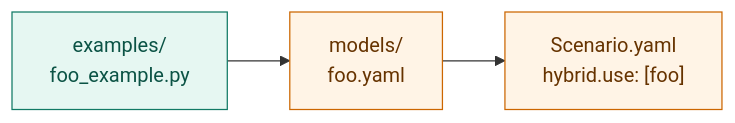
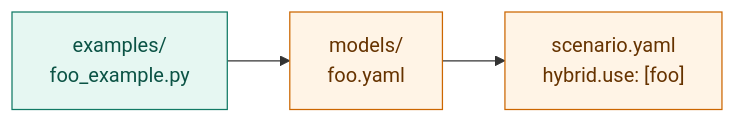
One commit to stamm-4m/model-adm1 changed the diagram in examples/README.md. Above: the diagram before and after it, drawn with Mermaid. The commit also changed other lines of this file and 51 other files, not shown here.

````diff
--- a/examples/README.md
+++ b/examples/README.md
@@ -6,8 +6,8 @@
 ```mermaid
 flowchart LR
-    py["examples/<br/>foo_example.py"] --> yaml["models/<br/>foo.yaml"] --> sc["Scenario.yaml<br/>hybrid.use: [foo]"]
+    py["examples/<br/>foo_example.py"] --> yaml["models/<br/>foo.yaml"] --> sc["scenario.yaml<br/>hybrid.use: [foo]"]
     classDef code fill:#e6f7f2,stroke:#117a65,color:#0b5345
     classDef yaml fill:#fff4e6,stroke:#cc6600,color:#663300
     class py code
     class yaml,sc yaml
 ```
````
